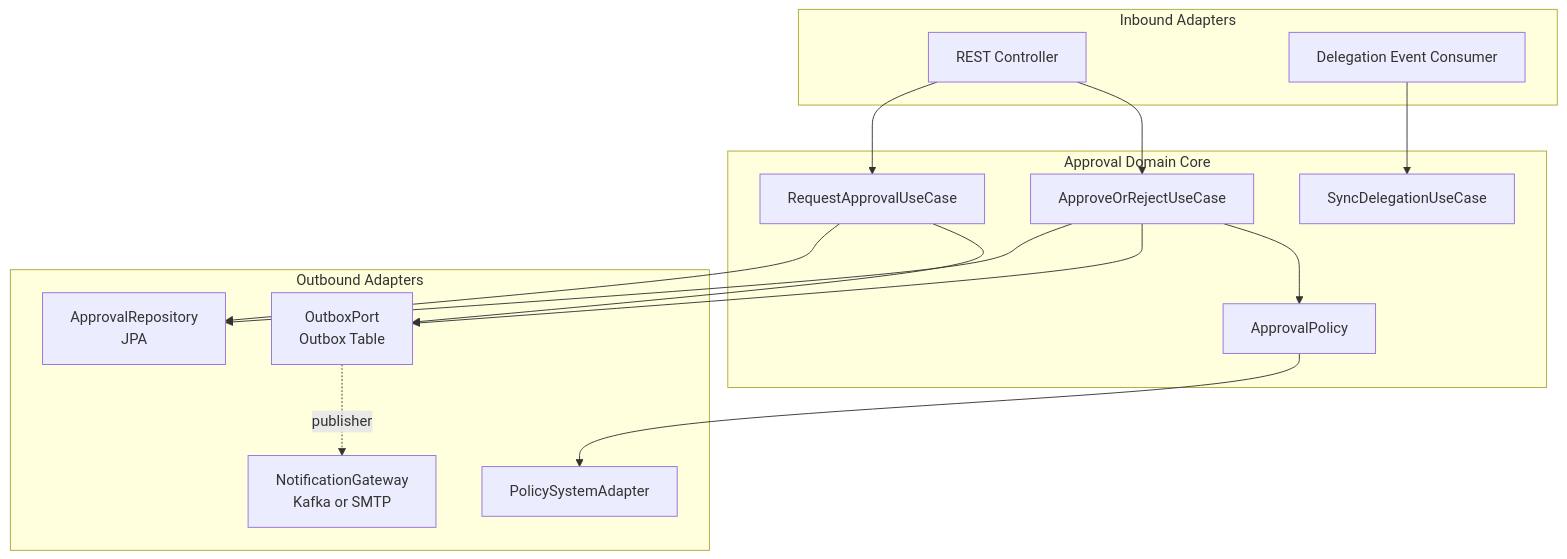
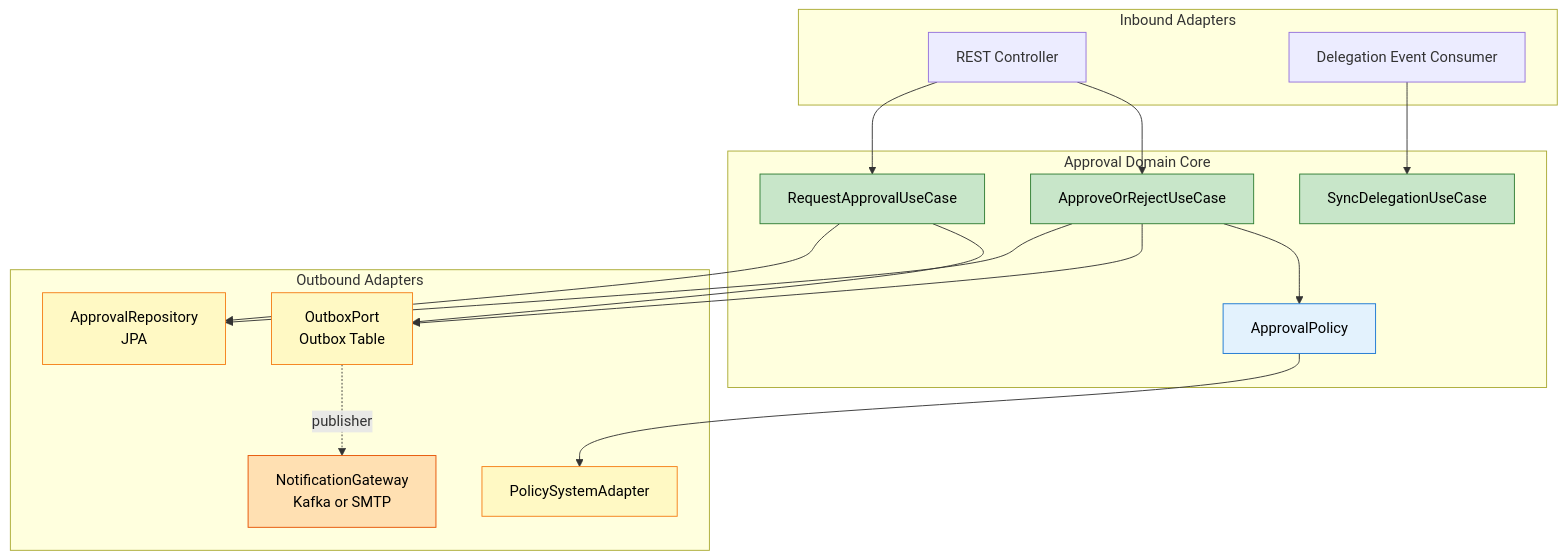
The first of 2 diagrams in write/03_architecture/04_ddd/04-01.헥사고날 변형 — TPS 결재 도메인 적용 사례.md (scofe97/StduyWrite), drawn with Mermaid before and after one commit. The commit also changed other lines of this file and 16 other files, not shown here.

````diff
--- a/write/03_architecture/04_ddd/04-01.헥사고날 변형 — TPS 결재 도메인 적용 사례.md
+++ b/write/03_architecture/04_ddd/04-01.헥사고날 변형 — TPS 결재 도메인 적용 사례.md
@@ -85,34 +87,43 @@
 ```mermaid
 flowchart TD
-    subgraph inbound[Inbound Adapters]
-        REST[REST Controller]
-        Consumer[Delegation Event Consumer]
+    subgraph inbound["Inbound Adapters"]
+        REST["REST Controller"]
+        Consumer["Delegation Event Consumer"]
     end
 
-    subgraph core[Approval Domain Core]
-        UC1[RequestApprovalUseCase]
-        UC2[ApproveOrRejectUseCase]
-        UC3[SyncDelegationUseCase]
-        Policy[ApprovalPolicy]
+    subgraph core["Approval Domain Core"]
+        UC1["RequestApprovalUseCase"]
+        UC2["ApproveOrRejectUseCase"]
+        UC3["SyncDelegationUseCase"]
+        Policy["ApprovalPolicy"]
     end
 
-    subgraph outbound[Outbound Adapters]
-        Repo[ApprovalRepository<br/>JPA]
-        Outbox[OutboxPort<br/>Outbox Table]
-        PolicyAdapter[PolicySystemAdapter]
-        Notify[NotificationGateway<br/>Kafka or SMTP]
+    subgraph outbound["Outbound Adapters"]
+        Repo["ApprovalRepository<br>JPA"]
+        Outbox["OutboxPort<br>Outbox Table"]
+        PolicyAdapter["PolicySystemAdapter"]
+        Notify["NotificationGateway<br>Kafka or SMTP"]
     end
 
     REST --> UC1
     REST --> UC2
     Consumer --> UC3
 
     UC1 --> Repo
     UC1 --> Outbox
     UC2 --> Repo
     UC2 --> Outbox
     UC2 --> Policy
 
     Policy --> PolicyAdapter
     Outbox -.publisher.-> Notify
+
+    style UC1 fill:#c8e6c9,stroke:#2e7d32,color:#000
+    style UC2 fill:#c8e6c9,stroke:#2e7d32,color:#000
+    style UC3 fill:#c8e6c9,stroke:#2e7d32,color:#000
+    style Policy fill:#e3f2fd,stroke:#1976d2,color:#000
+    style Repo fill:#fff9c4,stroke:#f57f17,color:#000
+    style Outbox fill:#fff9c4,stroke:#f57f17,color:#000
+    style PolicyAdapter fill:#fff9c4,stroke:#f57f17,color:#000
+    style Notify fill:#ffe0b2,stroke:#e65100,color:#000
 ```
````
